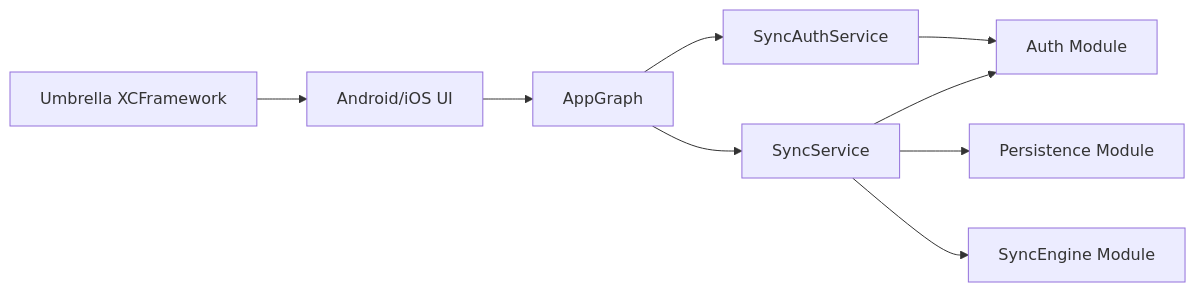
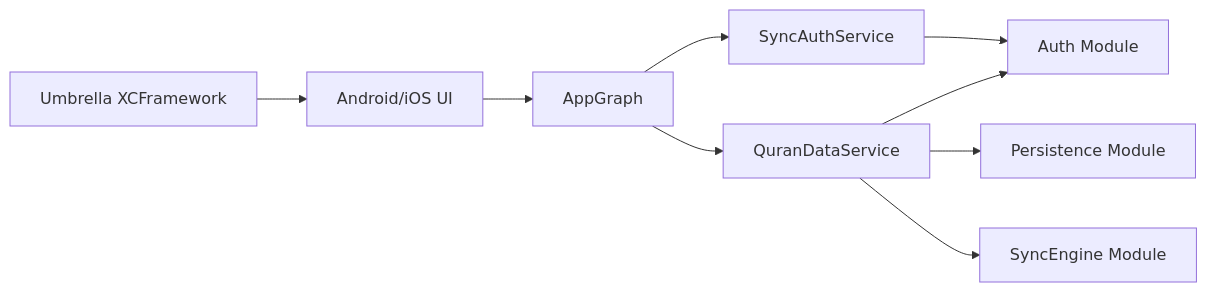
One commit to quran/mobile-sync changed the diagram in README.md. Above: the diagram before and after it, drawn with Mermaid. The commit also changed other lines of this file and 14 other files, not shown here.

First line of the commit message:
Rename sync service to QuranDataService

````diff
--- a/README.md
+++ b/README.md
@@ -25,11 +25,11 @@
 ```mermaid
 flowchart LR
   UI[Android/iOS UI] --> G[AppGraph]
-  G --> S[SyncService]
+  G --> S[QuranDataService]
   G --> F[SyncAuthService]
   F --> A[Auth Module]
   S --> A
   S --> P[Persistence Module]
   S --> E[SyncEngine Module]
   U[Umbrella XCFramework] --> UI
 ```
````
